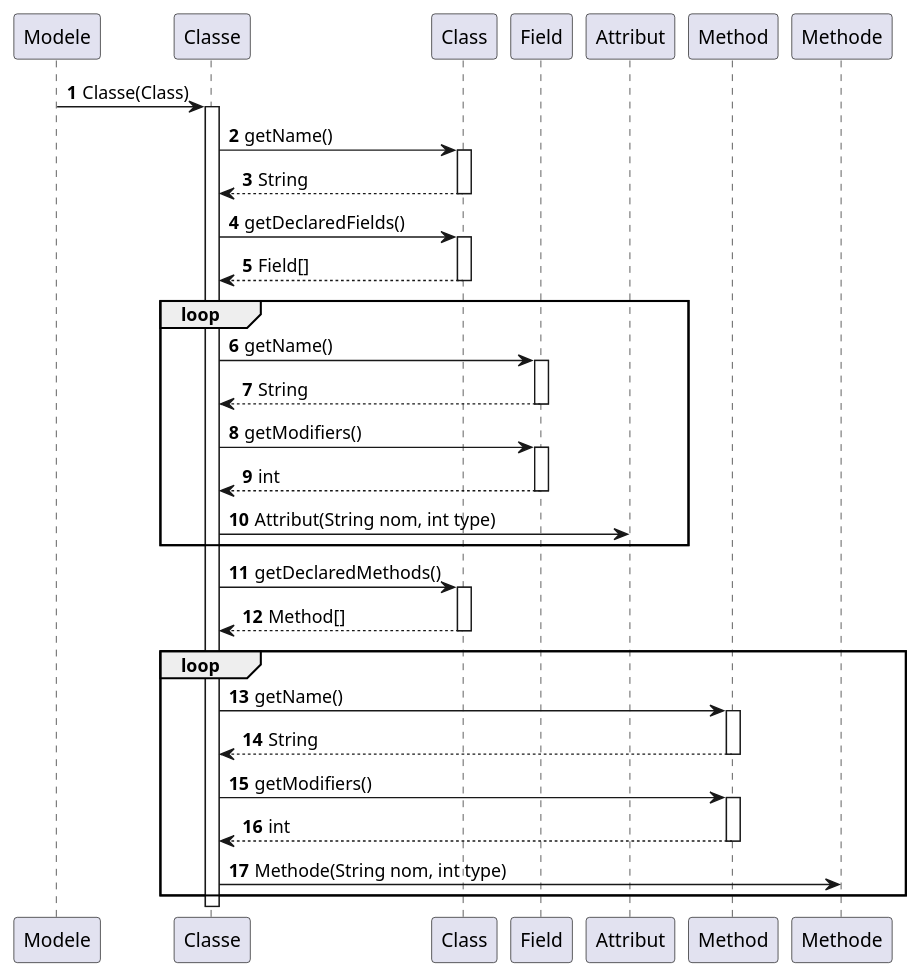
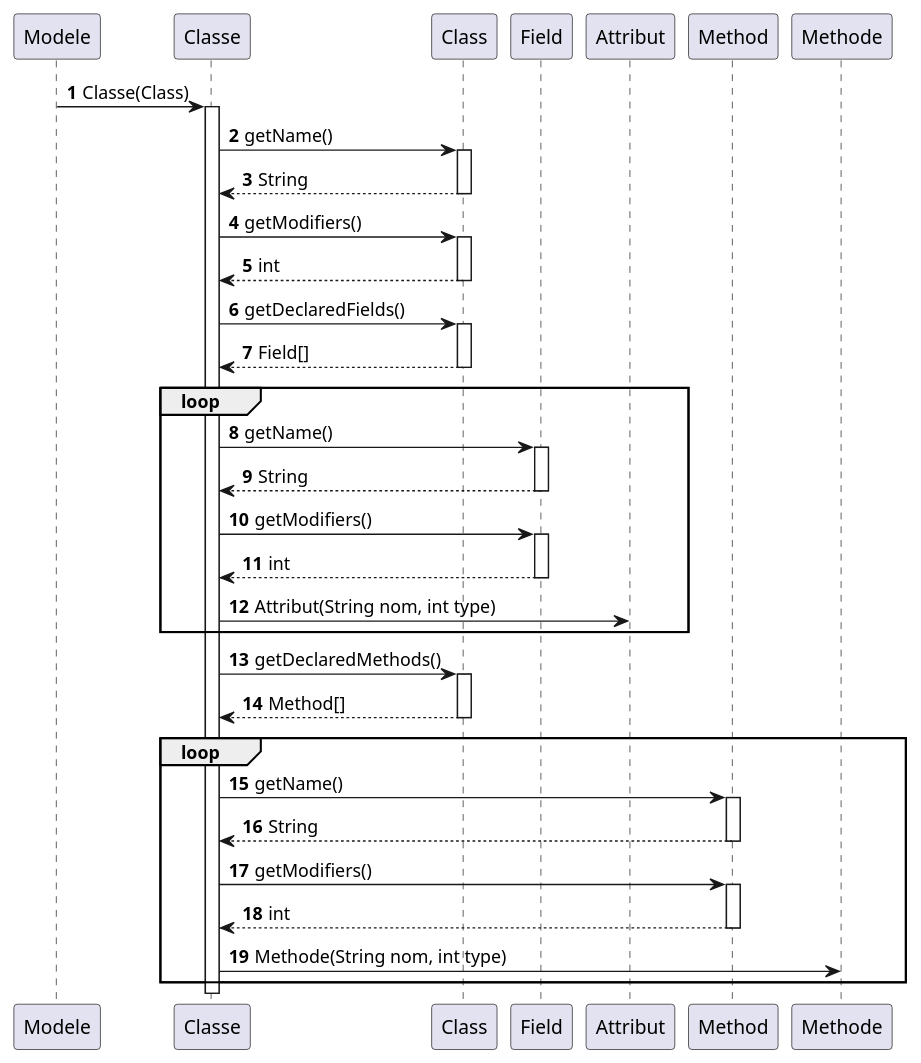
Before and after one commit to Cedran-Bastien/GENERATION-AUTOMATIQUE-DE-DIAGRAMME-DE-CLASSES: the diagram in demo/Conception/Sprint_1/CreationClasse.puml, drawn with PlantUML.

Commit message:
ajout d'un oublie

```diff
--- a/demo/Conception/Sprint_1/CreationClasse.puml
+++ b/demo/Conception/Sprint_1/CreationClasse.puml
@@ -1,43 +1,47 @@
 @startuml
 'https://plantuml.com/sequence-diagram
 
 autonumber
 
 Modele -> Classe: Classe(Class)
 activate Classe
 Classe -> Class: getName()
 activate Class
 Class --> Classe:String
+deactivate Class
+Classe -> Class: getModifiers()
+activate Class
+Class --> Classe:int
 deactivate Class
 Classe -> Class:getDeclaredFields()
 activate Class
 Class --> Classe:Field[]
 deactivate Class
 loop
 Classe -> Field:getName()
 activate Field
 Field --> Classe:String
 deactivate Field
 Classe -> Field:getModifiers()
 activate Field
 Field --> Classe:int
 deactivate Field
 Classe -> Attribut: Attribut(String nom, int type)
 end
 Classe -> Class:getDeclaredMethods()
 activate Class
 Class --> Classe:Method[]
 deactivate Class
 loop
 Classe -> Method:getName()
 activate Method
 Method --> Classe:String
 deactivate Method
 Classe -> Method:getModifiers()
 activate Method
 Method --> Classe:int
 deactivate Method
 Classe -> Methode: Methode(String nom, int type)
 end
 
 @enduml
```
